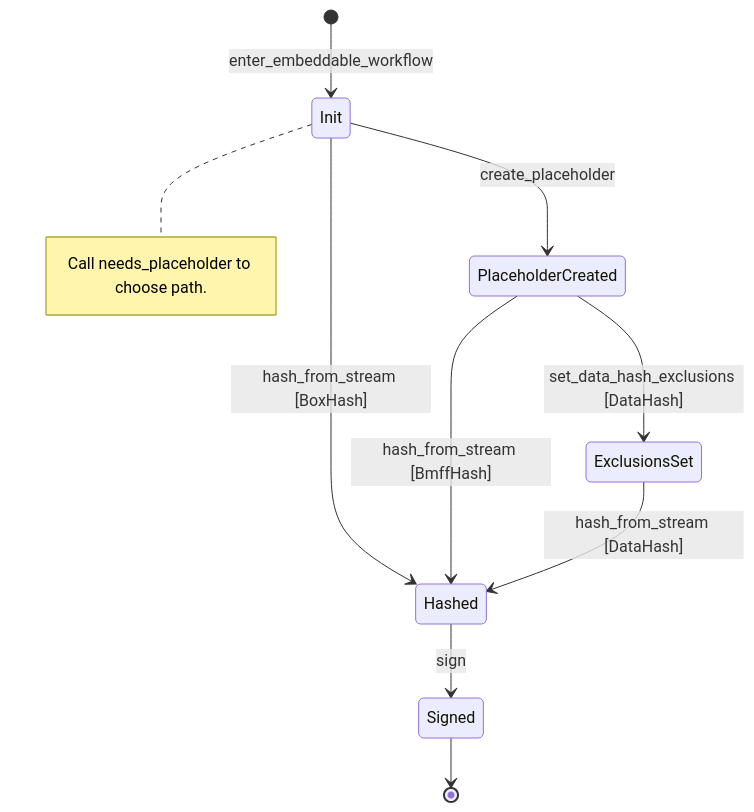
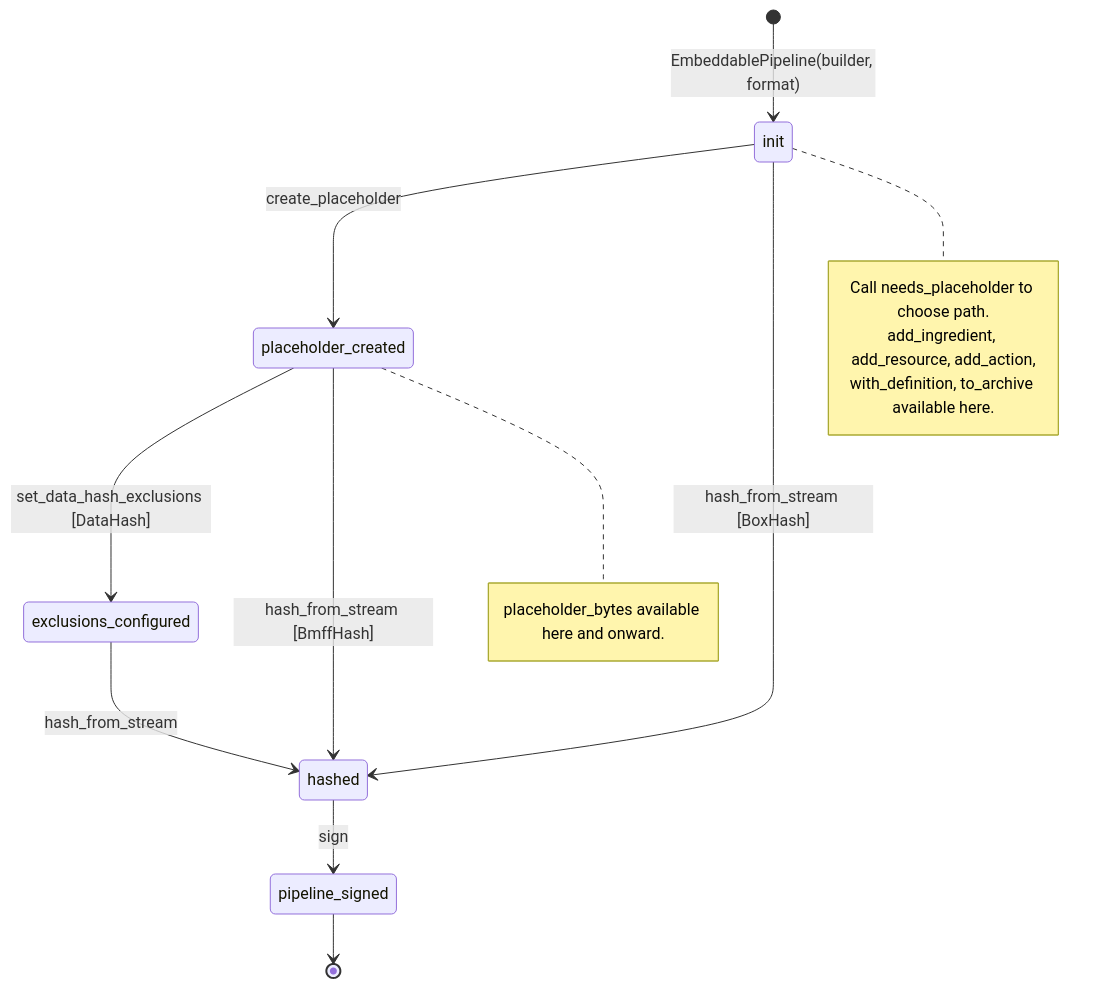
Before and after one commit to contentauth/c2pa-c: the seventh of 8 diagrams in docs/embeddable-api.md, drawn with Mermaid. The commit also changed other lines of this file and 5 other files, not shown here.

````diff
--- a/docs/embeddable-api.md
+++ b/docs/embeddable-api.md
@@ -595,19 +550,25 @@
 ```mermaid
 stateDiagram-v2
-    [*] --> Init : enter_embeddable_workflow
+    [*] --> init : EmbeddablePipeline(builder, format)
 
-    Init --> PlaceholderCreated : create_placeholder
-    Init --> Hashed : hash_from_stream [BoxHash]
+    init --> placeholder_created : create_placeholder
+    init --> hashed : hash_from_stream [BoxHash]
 
-    PlaceholderCreated --> ExclusionsSet : set_data_hash_exclusions [DataHash]
-    PlaceholderCreated --> Hashed : hash_from_stream [BmffHash]
+    placeholder_created --> exclusions_configured : set_data_hash_exclusions [DataHash]
+    placeholder_created --> hashed : hash_from_stream [BmffHash]
 
-    ExclusionsSet --> Hashed : hash_from_stream [DataHash]
+    exclusions_configured --> hashed : hash_from_stream
 
-    Hashed --> Signed : sign
-    Signed --> [*]
+    hashed --> pipeline_signed : sign
+    pipeline_signed --> [*]
 
-    note right of Init
+    note right of init
         Call needs_placeholder to choose path.
+        add_ingredient, add_resource, add_action,
+        with_definition, to_archive available here.
+    end note
+
+    note right of placeholder_created
+        placeholder_bytes available here and onward.
     end note
 ```
````
